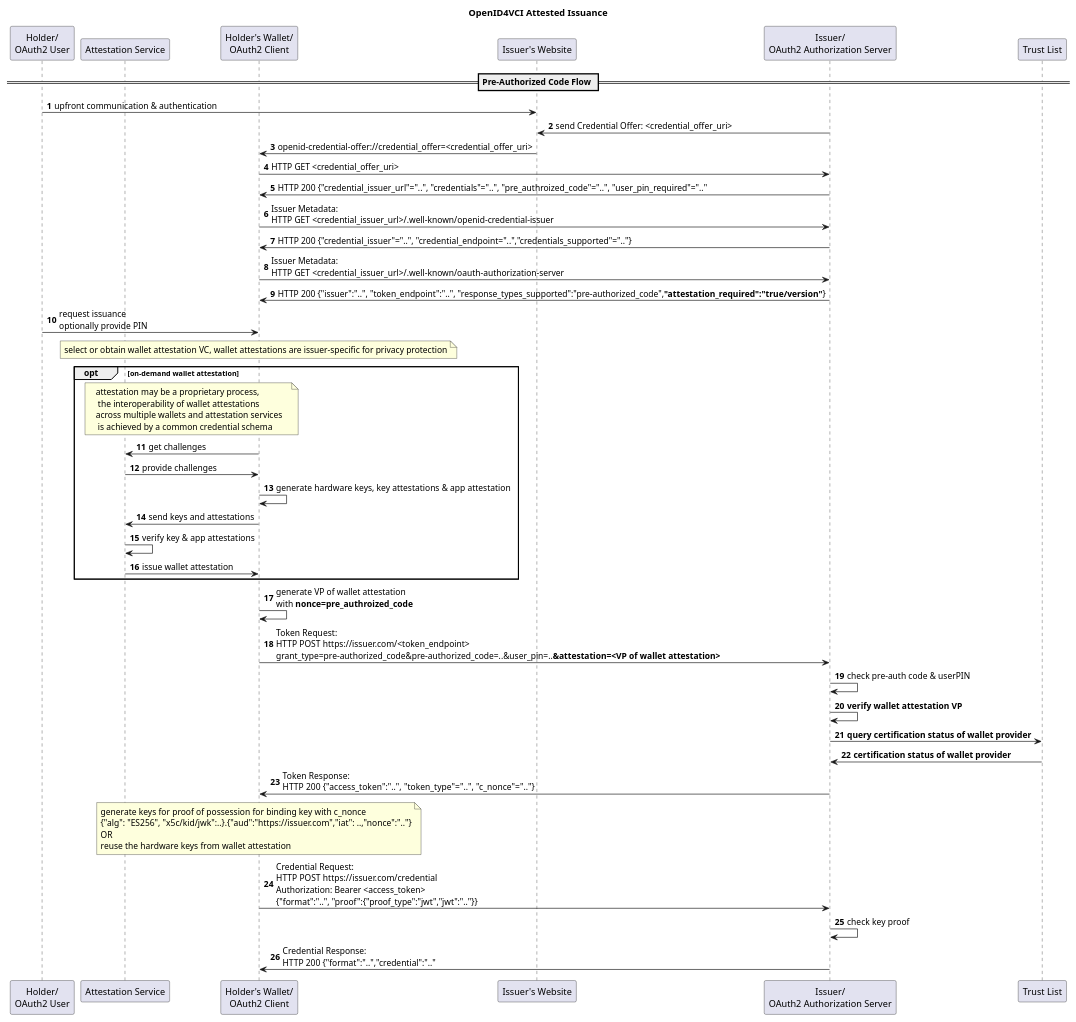
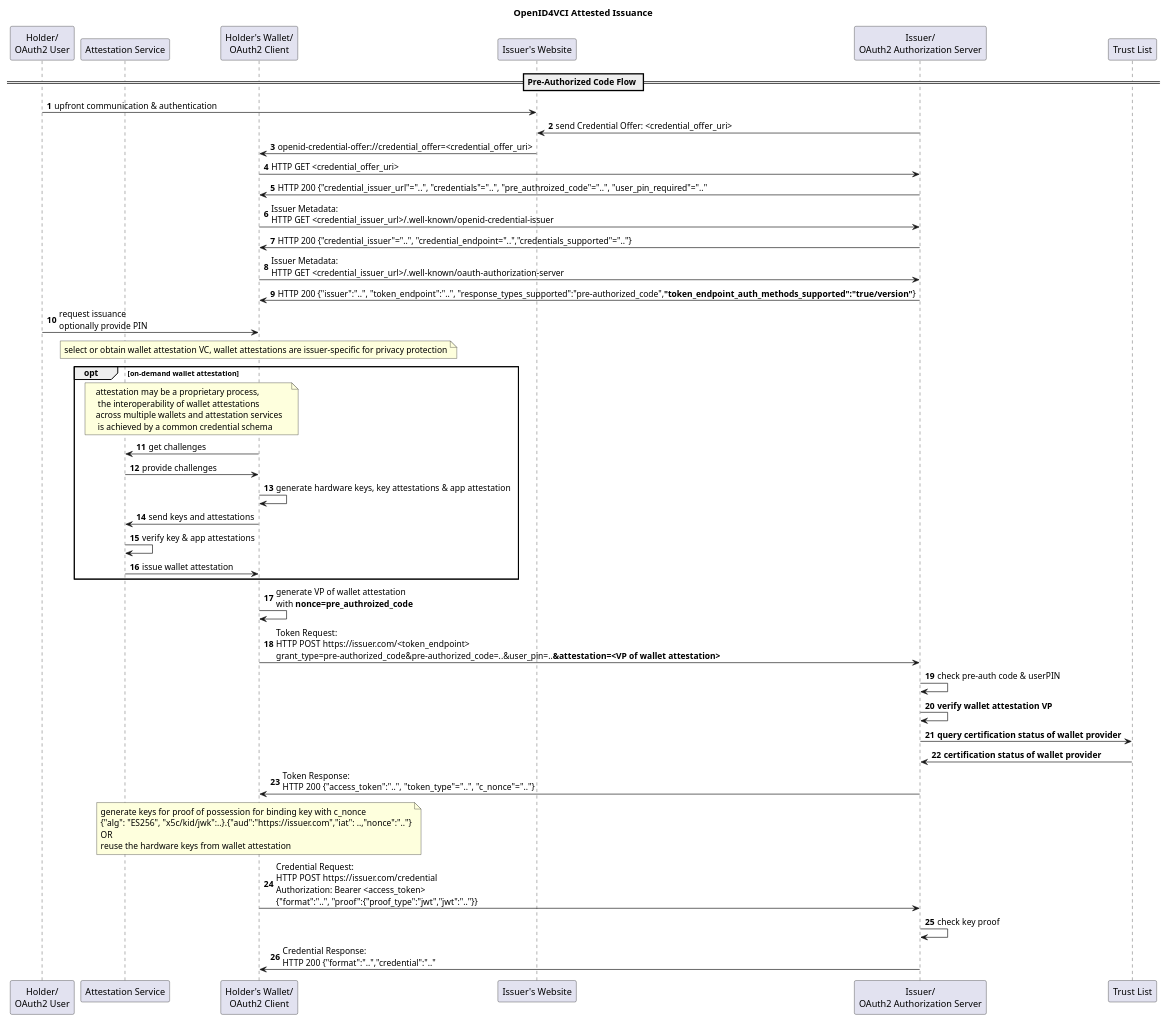
One commit to IDunion/hackathon changed the diagram in Attestation/issuance_flow.puml. Above: the diagram before and after it, drawn with PlantUML. The commit also changed 1 other file, not shown here.

```diff
--- a/Attestation/issuance_flow.puml
+++ b/Attestation/issuance_flow.puml
@@ -1,57 +1,57 @@
 @startuml
 'https://plantuml.com/sequence-diagram
 
 title OpenID4VCI Attested Issuance
 
 autonumber
 
 participant u as "Holder/\nOAuth2 User"
 participant a as "Attestation Service"
 participant w as "Holder's Wallet/\nOAuth2 Client"
 participant b as "Issuer's Website"
 participant i as "Issuer/\nOAuth2 Authorization Server"
 participant t as "Trust List"
 
 == Pre-Authorized Code Flow ==
 u -> b : upfront communication & authentication
 
 i -> b : send Credential Offer: <credential_offer_uri>
 b -> w : openid-credential-offer://credential_offer=<credential_offer_uri>
 
 w -> i : HTTP GET <credential_offer_uri>
 i -> w : HTTP 200 {"credential_issuer_url"="..", "credentials"="..", "pre_authroized_code"="..", "user_pin_required"=".."
 
 w -> i : Issuer Metadata:\nHTTP GET <credential_issuer_url>/.well-known/openid-credential-issuer
 i -> w : HTTP 200 {"credential_issuer"="..", "credential_endpoint="..","credentials_supported"=".."}
 
 w -> i : Issuer Metadata:\nHTTP GET <credential_issuer_url>/.well-known/oauth-authorization-server
-i -> w : HTTP 200 {"issuer":"..", "token_endpoint":"..", "response_types_supported":"pre-authorized_code",**"attestation_required":"true/version"**}
+i -> w : HTTP 200 {"issuer":"..", "token_endpoint":"..", "response_types_supported":"pre-authorized_code",**"token_endpoint_auth_methods_supported":"true/version"**}
 
 u -> w : request issuance\noptionally provide PIN
 
 note over w: select or obtain wallet attestation VC, wallet attestations are issuer-specific for privacy protection
 opt on-demand wallet attestation
 note over w,a: attestation may be a proprietary process,\n the interoperability of wallet attestations\nacross multiple wallets and attestation services\n is achieved by a common credential schema
 w -> a : get challenges
 a -> w : provide challenges
 w -> w : generate hardware keys, key attestations & app attestation
 w -> a : send keys and attestations
 a -> a : verify key & app attestations
 a -> w : issue wallet attestation
 end
 
 w -> w : generate VP of wallet attestation\nwith **nonce=pre_authroized_code**
 
 w -> i : Token Request:\nHTTP POST https://issuer.com/<token_endpoint>\ngrant_type=pre-authorized_code&pre-authorized_code=..&user_pin=..**&attestation=<VP of wallet attestation>**
 i -> i : check pre-auth code & userPIN
 i -> i : **verify wallet attestation VP**
 i -> t : **query certification status of wallet provider**
 t -> i : **certification status of wallet provider**
 i -> w : Token Response:\nHTTP 200  {"access_token":"..", "token_type"="..", "c_nonce"=".."}
 
 note over w : generate keys for proof of possession for binding key with c_nonce\n{"alg": "ES256", "x5c/kid/jwk":..}.{"aud":"https://issuer.com","iat": ..,"nonce":".."}\nOR\nreuse the hardware keys from wallet attestation
 w -> i : Credential Request:\nHTTP POST https://issuer.com/credential\nAuthorization: Bearer <access_token>\n{"format":"..", "proof":{"proof_type":"jwt","jwt":".."}}
 i -> i : check key proof
 i -> w : Credential Response:\nHTTP 200 {"format":"..","credential":".."
 
 @enduml
```
